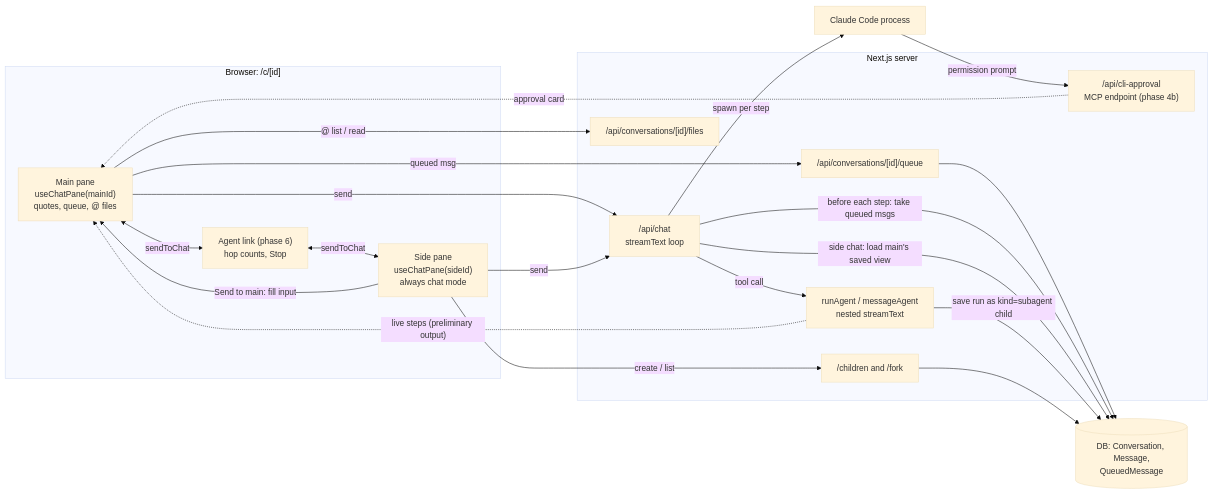
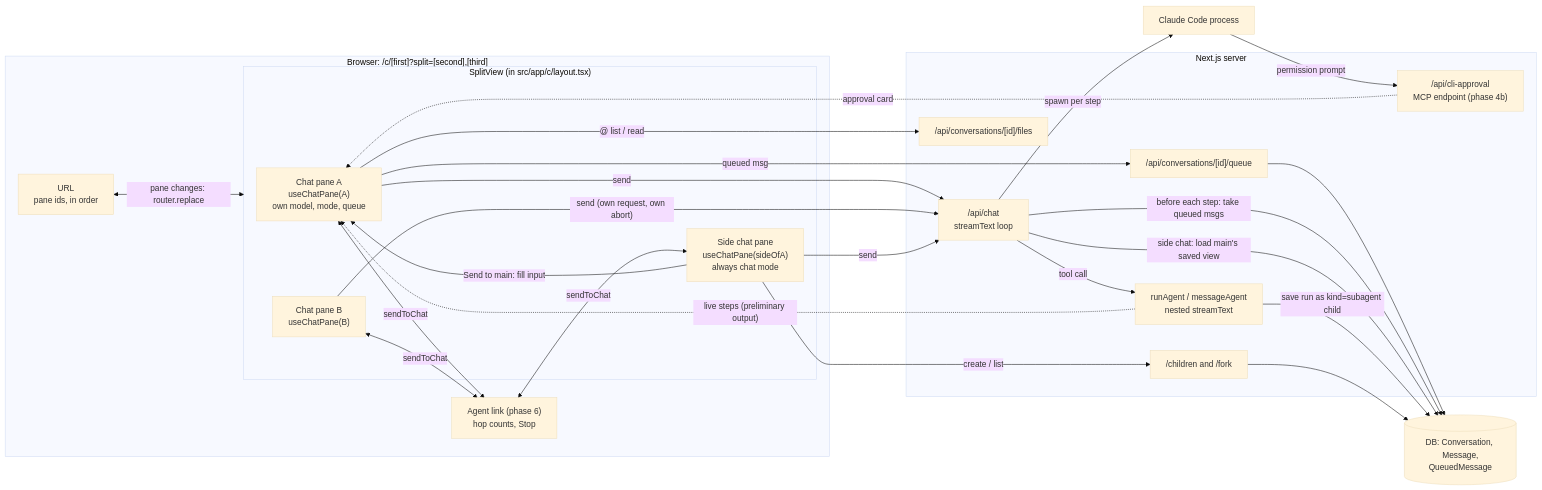
Before and after one commit to pathakvikash/DevChat: the diagram in docs/design/side-chat-subagents.md, drawn with Mermaid (base theme). The commit also changed other lines of this file and 1 other file, not shown here.

Commit message:
docs(design): split view as the generic pane container for side chat

````diff
--- a/docs/design/side-chat-subagents.md
+++ b/docs/design/side-chat-subagents.md
@@ -497,35 +570,42 @@
 ```mermaid
 flowchart LR
-  subgraph Browser["Browser: /c/[id]"]
-    MP["Main pane<br/>useChatPane(mainId)<br/>quotes, queue, @ files"]
-    SP["Side pane<br/>useChatPane(sideId)<br/>always chat mode"]
+  subgraph Browser["Browser: /c/[first]?split=[second],[third]"]
+    URL["URL<br/>pane ids, in order"]
+    subgraph SV["SplitView (in src/app/c/layout.tsx)"]
+      MP["Chat pane A<br/>useChatPane(A)<br/>own model, mode, queue"]
+      P2["Chat pane B<br/>useChatPane(B)"]
+      SP["Side chat pane<br/>useChatPane(sideOfA)<br/>always chat mode"]
+    end
     LINK["Agent link (phase 6)<br/>hop counts, Stop"]
   end
   subgraph Server["Next.js server"]
     CHAT["/api/chat<br/>streamText loop"]
     QUEUE["/api/conversations/[id]/queue"]
     FILES["/api/conversations/[id]/files"]
     CHILD["/children and /fork"]
     SUB["runAgent / messageAgent<br/>nested streamText"]
     APPR["/api/cli-approval<br/>MCP endpoint (phase 4b)"]
   end
   CLI["Claude Code process"]
   DB[("DB: Conversation, Message,<br/>QueuedMessage")]
 
+  URL <-- "pane changes: router.replace" --> SV
   MP -- "send" --> CHAT
+  P2 -- "send (own request, own abort)" --> CHAT
   SP -- "send" --> CHAT
   MP -- "queued msg" --> QUEUE --> DB
   MP -- "@ list / read" --> FILES
   CHAT -- "before each step: take queued msgs" --> DB
   CHAT -- "side chat: load main's saved view" --> DB
   CHAT -- "tool call" --> SUB
   SUB -- "save run as kind=subagent child" --> DB
   SUB -. "live steps (preliminary output)" .-> MP
   CHAT -- "spawn per step" --> CLI
   CLI -- "permission prompt" --> APPR
   APPR -. "approval card" .-> MP
   SP -- "create / list" --> CHILD --> DB
   SP -- "Send to main: fill input" --> MP
   MP <-- "sendToChat" --> LINK
+  P2 <-- "sendToChat" --> LINK
   LINK <-- "sendToChat" --> SP
 ```
````
